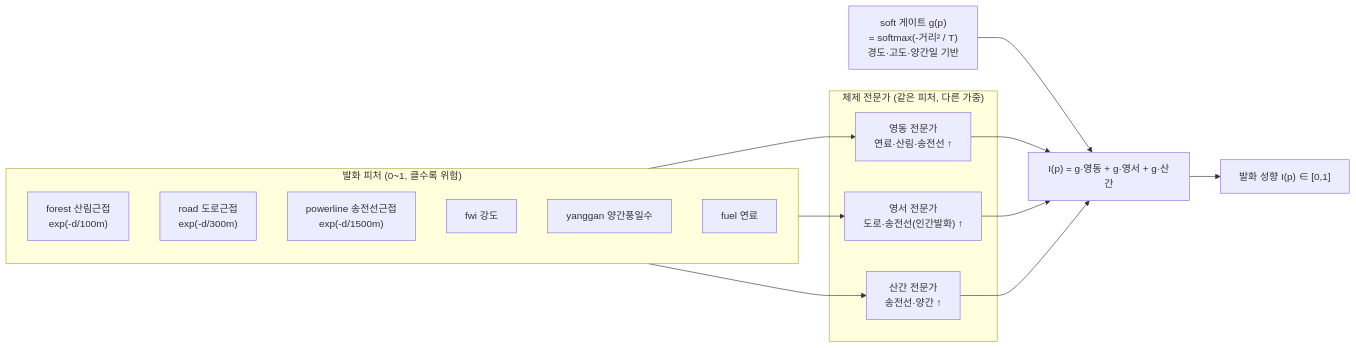
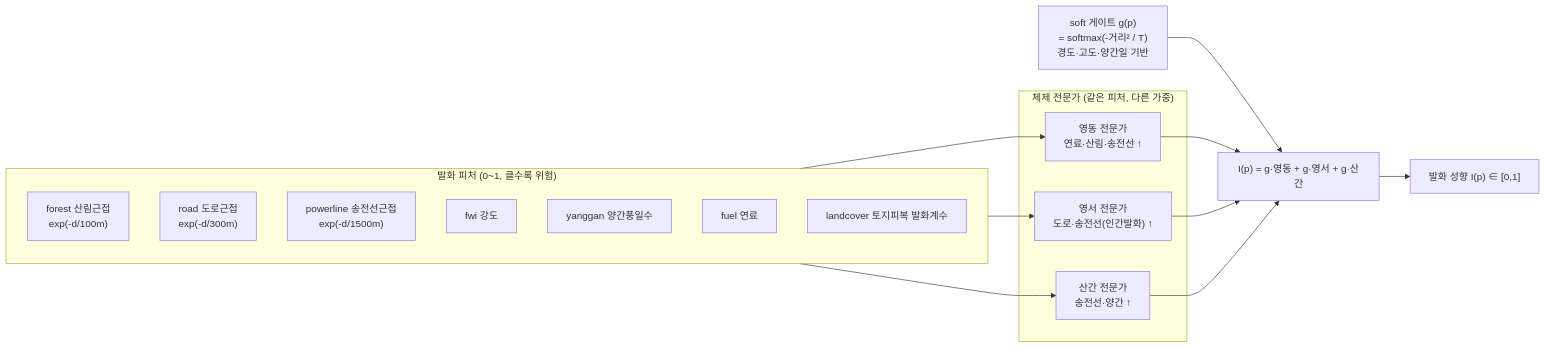
One commit to zongseung/Optimal-Site-Selection changed the second of 3 diagrams in README.md. Above: the diagram before and after it, drawn with Mermaid. The commit also changed other lines of this file and 74 other files, not shown here.

````diff
--- a/README.md
+++ b/README.md
@@ -144,26 +181,27 @@
 ```mermaid
 flowchart LR
     subgraph FEAT["발화 피처 (0~1, 클수록 위험)"]
         f1["forest 산림근접<br/>exp(-d/100m)"]
         f2["road 도로근접<br/>exp(-d/300m)"]
         f3["powerline 송전선근접<br/>exp(-d/1500m)"]
         f4["fwi 강도"]
         f5["yanggan 양간풍일수"]
         f6["fuel 연료"]
+        f7["landcover 토지피복 발화계수"]
     end
 
     subgraph EXP["체제 전문가 (같은 피처, 다른 가중)"]
         e1["영동 전문가<br/>연료·산림·송전선 ↑"]
         e2["영서 전문가<br/>도로·송전선(인간발화) ↑"]
         e3["산간 전문가<br/>송전선·양간 ↑"]
     end
 
     FEAT --> e1 & e2 & e3
 
     G["soft 게이트 g(p)<br/>= softmax(-거리² / T)<br/>경도·고도·양간일 기반"] --> MIX
 
     e1 --> MIX["I(p) = g·영동 + g·영서 + g·산간"]
     e2 --> MIX
     e3 --> MIX
     MIX --> OUT["발화 성향 I(p) ∈ [0,1]"]
 ```
````
